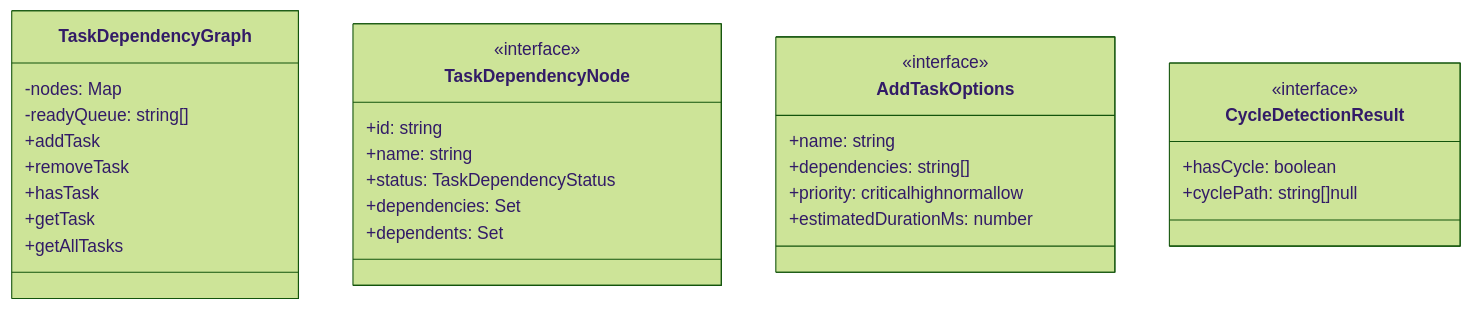
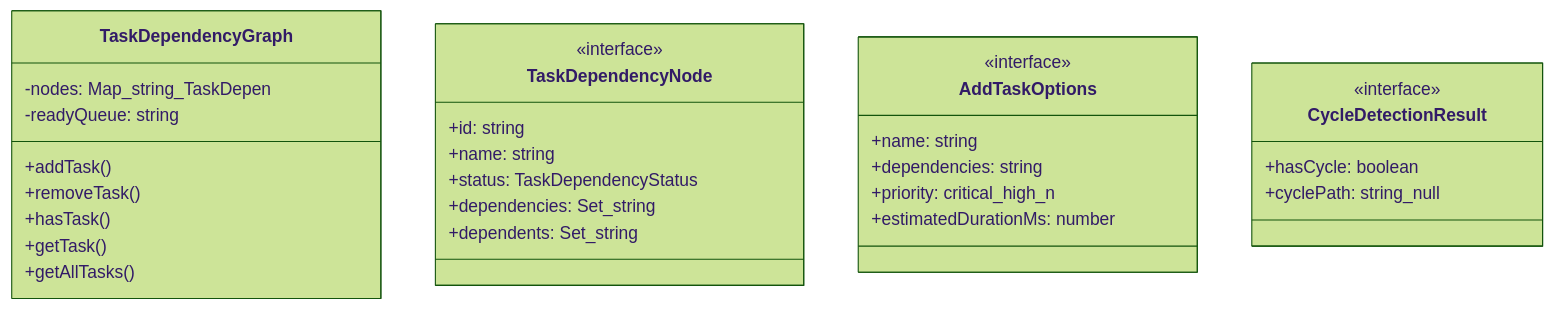
One commit to Mekann2904/mekann changed the diagram in ABDD/.pi/lib/task-dependencies.md. Above: the diagram before and after it, drawn with Mermaid (forest theme). The commit also changed other lines of this file and 174 other files, not shown here.

First line of the commit message:
fix(docs): ABDDのMermaid図生成エラーを修正する

````diff
--- a/ABDD/.pi/lib/task-dependencies.md
+++ b/ABDD/.pi/lib/task-dependencies.md
@@ -31,32 +31,32 @@
 ```mermaid
 classDiagram
   class TaskDependencyGraph {
-    -nodes: Map<stringTaskDependencyNode>
-    -readyQueue: string[]
-    +addTask
-    +removeTask
-    +hasTask
-    +getTask
-    +getAllTasks
+    -nodes: Map_string_TaskDepen
+    -readyQueue: string
+    +addTask()
+    +removeTask()
+    +hasTask()
+    +getTask()
+    +getAllTasks()
   }
   class TaskDependencyNode {
     <<interface>>
     +id: string
     +name: string
     +status: TaskDependencyStatus
-    +dependencies: Set<string>
-    +dependents: Set<string>
+    +dependencies: Set_string
+    +dependents: Set_string
   }
   class AddTaskOptions {
     <<interface>>
     +name: string
-    +dependencies: string[]
-    +priority: criticalhighnormallow
+    +dependencies: string
+    +priority: critical_high_n
     +estimatedDurationMs: number
   }
   class CycleDetectionResult {
     <<interface>>
     +hasCycle: boolean
-    +cyclePath: string[]null
+    +cyclePath: string_null
   }
 ```
````
